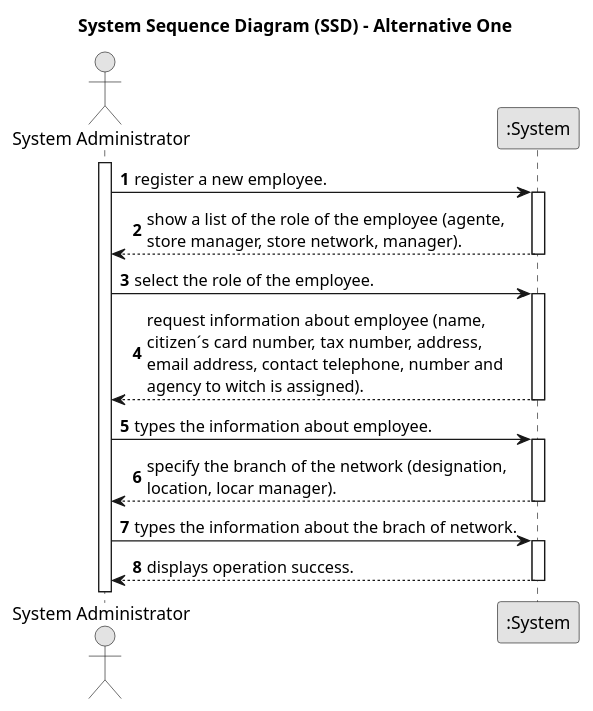
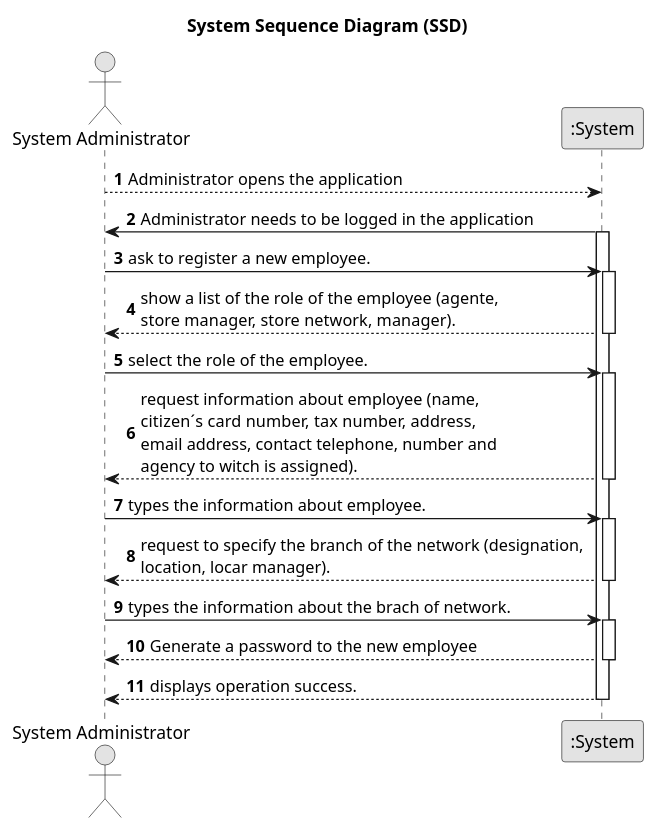
The diagram in docs/sprintA/us003/01.requirements-engineering/puml/us003-system-sequence-diagram-alternative-one.puml (1220812/LAPR2), drawn with PlantUML before and after one commit. The commit also changed 3 other files, not shown here.

```diff
--- a/docs/sprintA/us003/01.requirements-engineering/puml/us003-system-sequence-diagram-alternative-one.puml
+++ b/docs/sprintA/us003/01.requirements-engineering/puml/us003-system-sequence-diagram-alternative-one.puml
@@ -1,39 +1,44 @@
 @startuml
 skinparam monochrome true
 skinparam packageStyle rectangle
 skinparam shadowing false
 
-title System Sequence Diagram (SSD) - Alternative One
+title System Sequence Diagram (SSD)
 
 autonumber
 
 actor "System Administrator" as Employee
 participant ":System" as System
 
-activate Employee
+System <-- Employee :  Administrator opens the application
+         deactivate System
+ Employee <- System :  Administrator needs to be logged in the application
+        activate System
 
-    Employee -> System : register a new employee.
+    Employee -> System : ask to register a new employee.
     activate System
 
         System --> Employee : show a list of the role of the employee (agente, \nstore manager, store network, manager).
 
     deactivate System
 
     Employee -> System : select the role of the employee.
     activate System
 
         System --> Employee : request information about employee (name, \ncitizen´s card number, tax number, address, \nemail address, contact telephone, number and \nagency to witch is assigned).
     deactivate System
 
     Employee -> System : types the information about employee.
     activate System
 
-        System --> Employee : specify the branch of the network (designation, \nlocation, locar manager).
+        System --> Employee : request to specify the branch of the network (designation, \nlocation, locar manager).
     deactivate System
 
     Employee -> System : types the information about the brach of network.
     activate System
+    System --> Employee : Generate a password to the new employee
+            deactivate System
 
         System --> Employee : displays operation success.
     deactivate System
 @enduml
```
